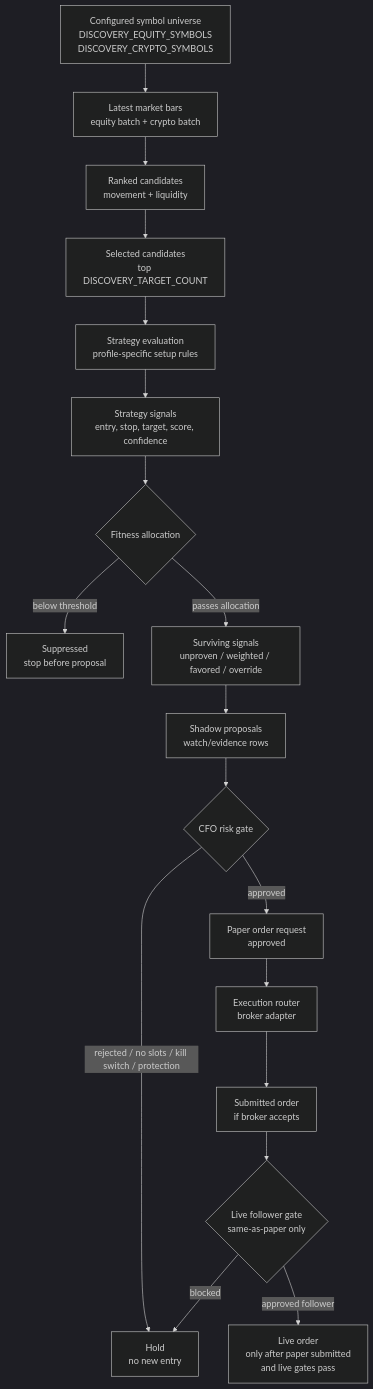
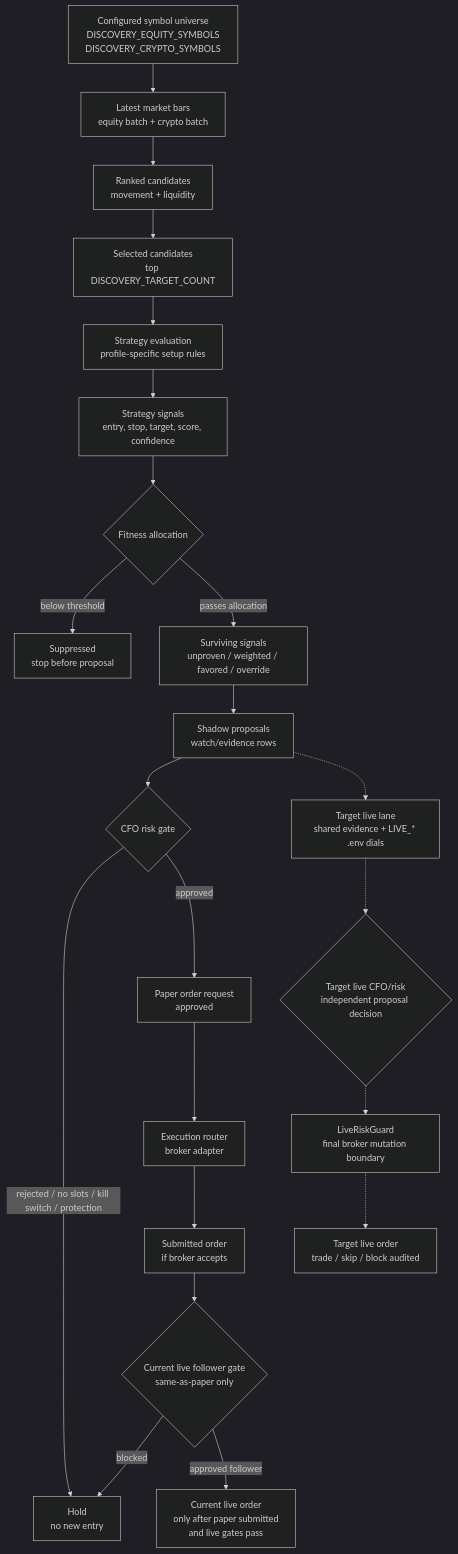
One commit to ghostfrog-ltd/centaur changed the diagram in docs/visuals/entry_decision_funnel.mmd. Above: the diagram before and after it, drawn with Mermaid (dark theme). The commit also changed 10 other files, not shown here.

```diff
--- a/docs/visuals/entry_decision_funnel.mmd
+++ b/docs/visuals/entry_decision_funnel.mmd
@@ -1,36 +1,44 @@
 flowchart TD
   universe["Configured symbol universe<br/>DISCOVERY_EQUITY_SYMBOLS<br/>DISCOVERY_CRYPTO_SYMBOLS"]
   bars["Latest market bars<br/>equity batch + crypto batch"]
   candidates["Ranked candidates<br/>movement + liquidity"]
   selected["Selected candidates<br/>top DISCOVERY_TARGET_COUNT"]
   strategies["Strategy evaluation<br/>profile-specific setup rules"]
   signals["Strategy signals<br/>entry, stop, target, score, confidence"]
   fitness{"Fitness allocation"}
   suppressed["Suppressed<br/>stop before proposal"]
   surviving["Surviving signals<br/>unproven / weighted / favored / override"]
   proposals["Shadow proposals<br/>watch/evidence rows"]
   cfo{"CFO risk gate"}
   hold["Hold<br/>no new entry"]
   paper["Paper order request<br/>approved"]
   execution["Execution router<br/>broker adapter"]
   order["Submitted order<br/>if broker accepts"]
-  live{"Live follower gate<br/>same-as-paper only"}
-  live_order["Live order<br/>only after paper submitted<br/>and live gates pass"]
+  live{"Current live follower gate<br/>same-as-paper only"}
+  live_order["Current live order<br/>only after paper submitted<br/>and live gates pass"]
+  target["Target live lane<br/>shared evidence + LIVE_* .env dials"]
+  live_cfo{"Target live CFO/risk<br/>independent proposal decision"}
+  live_guard["LiveRiskGuard<br/>final broker mutation boundary"]
+  target_order["Target live order<br/>trade / skip / block audited"]
 
   universe --> bars
   bars --> candidates
   candidates --> selected
   selected --> strategies
   strategies --> signals
   signals --> fitness
   fitness -->|below threshold| suppressed
   fitness -->|passes allocation| surviving
   surviving --> proposals
   proposals --> cfo
   cfo -->|rejected / no slots / kill switch / protection| hold
   cfo -->|approved| paper
   paper --> execution
   execution --> order
   order --> live
   live -->|blocked| hold
   live -->|approved follower| live_order
+  proposals -.-> target
+  target -.-> live_cfo
+  live_cfo -.-> live_guard
+  live_guard -.-> target_order
```
